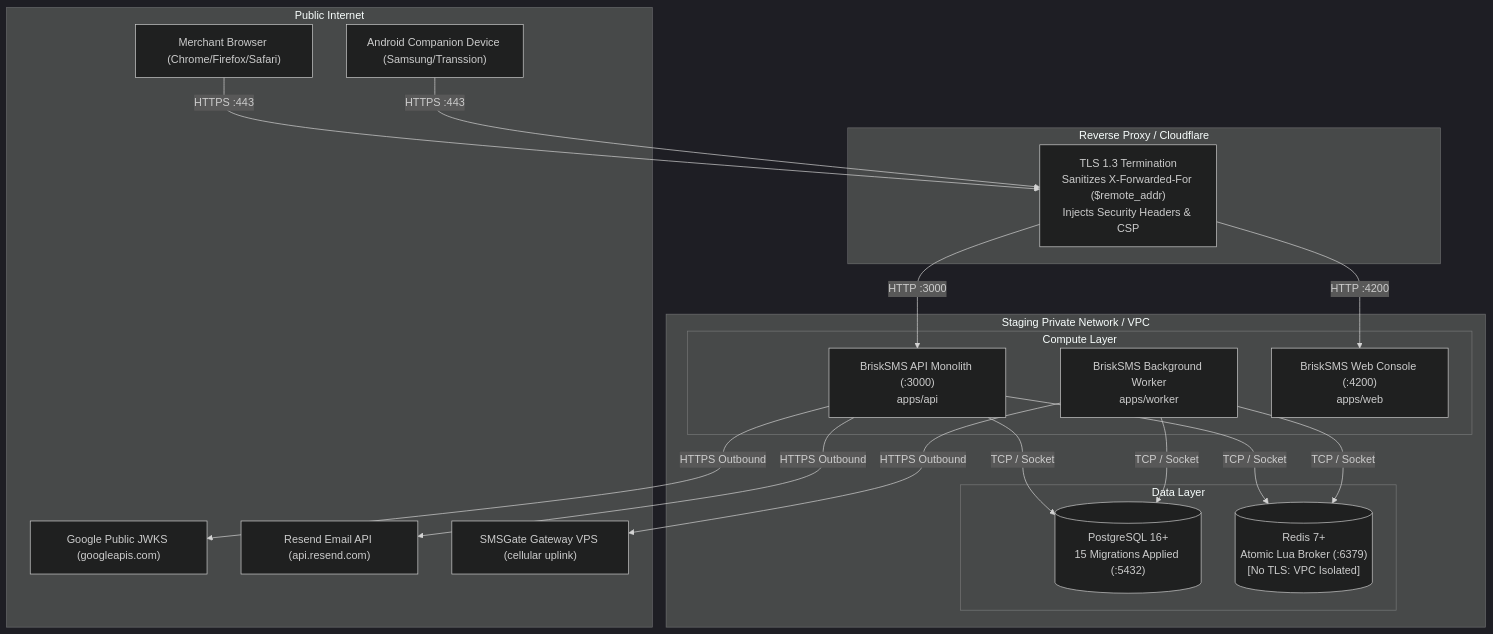
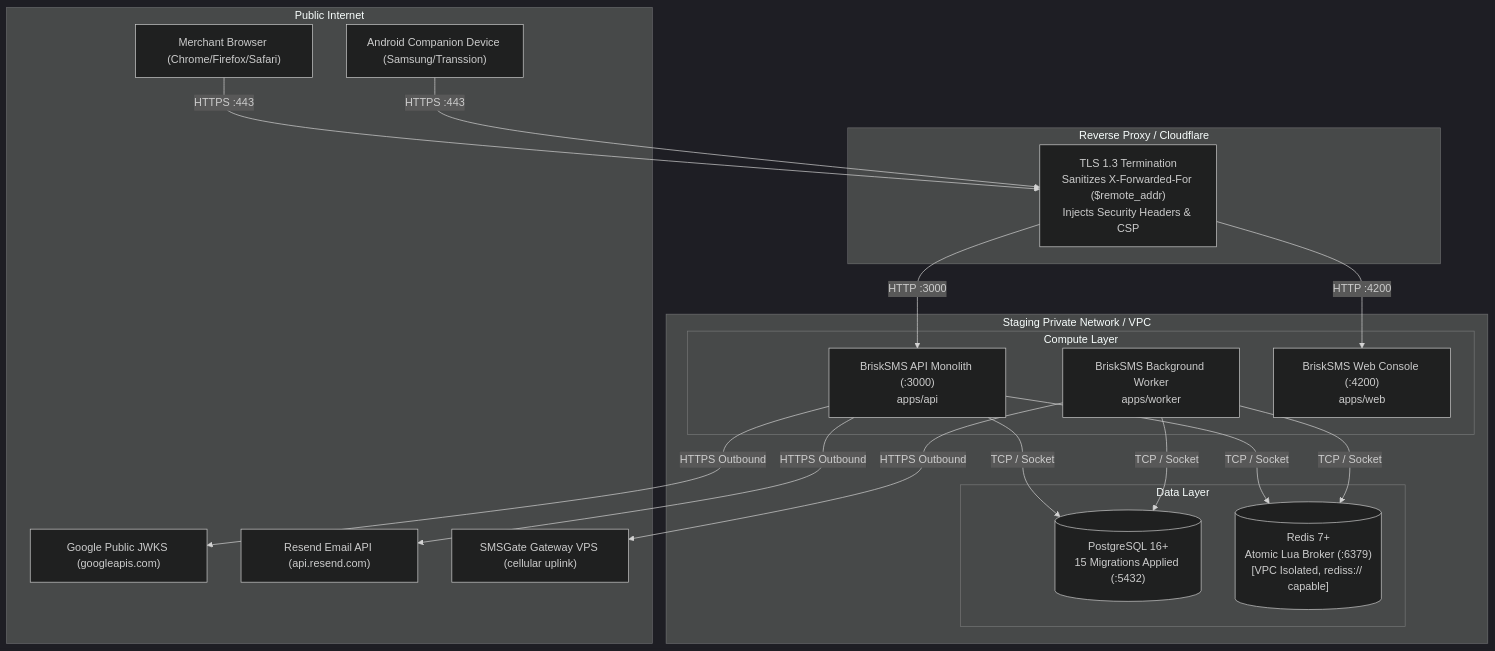
One commit to realmadede/BriskSMS changed the diagram in docs/reports/STAGING_READINESS_AUDIT.md. Above: the diagram before and after it, drawn with Mermaid (dark theme). The commit also changed other lines of this file and 229 other files, not shown here.

````diff
--- a/docs/reports/STAGING_READINESS_AUDIT.md
+++ b/docs/reports/STAGING_READINESS_AUDIT.md
@@ -321,41 +321,41 @@
 ```mermaid
 flowchart TD
     subgraph Public Internet
         Browser["Merchant Browser (Chrome/Firefox/Safari)"]
         AndroidDevice["Android Companion Device (Samsung/Transsion)"]
         GoogleJWKS["Google Public JWKS (googleapis.com)"]
         ResendAPI["Resend Email API (api.resend.com)"]
         SMSGateCloud["SMSGate Gateway VPS (cellular uplink)"]
     end
 
     subgraph Staging Edge [Reverse Proxy / Cloudflare]
         Edge["TLS 1.3 Termination<br/>Sanitizes X-Forwarded-For ($remote_addr)<br/>Injects Security Headers & CSP"]
     end
 
     subgraph Staging Private Network / VPC
         subgraph Compute Layer
             API["BriskSMS API Monolith (:3000)<br/>apps/api"]
             Worker["BriskSMS Background Worker<br/>apps/worker"]
             WebConsole["BriskSMS Web Console (:4200)<br/>apps/web"]
         end
 
         subgraph Data Layer
             PG[("PostgreSQL 16+<br/>15 Migrations Applied (:5432)")]
-            Redis[("Redis 7+<br/>Atomic Lua Broker (:6379)<br/>[No TLS: VPC Isolated]")]
+            Redis[("Redis 7+<br/>Atomic Lua Broker (:6379)<br/>[VPC Isolated, rediss:// capable]")]
         end
     end
 
     Browser -->|HTTPS :443| Edge
     AndroidDevice -->|HTTPS :443| Edge
     Edge -->|HTTP :3000| API
     Edge -->|HTTP :4200| WebConsole
 
     API -->|TCP / Socket| PG
     API -->|TCP / Socket| Redis
     Worker -->|TCP / Socket| PG
     Worker -->|TCP / Socket| Redis
 
     API -->|HTTPS Outbound| GoogleJWKS
     API -->|HTTPS Outbound| ResendAPI
     Worker -->|HTTPS Outbound| SMSGateCloud
 ```
````
